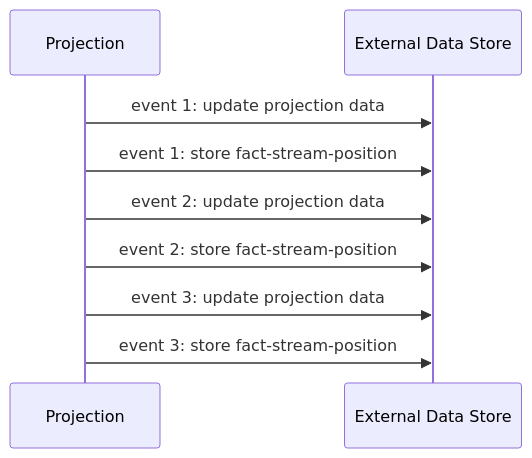
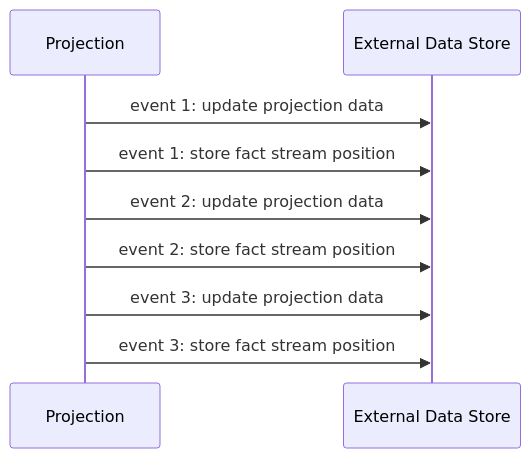
The second of 3 diagrams in factcast-docs/src/main/asciidoc/modules/ROOT/pages/Usage/factus/projections/atomicity/index.adoc (factcast/factcast), drawn with Mermaid before and after one commit. The commit also changed other lines of this file and 73 other files, not shown here.

```diff
--- a/factcast-docs/src/main/asciidoc/modules/ROOT/pages/Usage/factus/projections/atomicity/index.adoc
+++ b/factcast-docs/src/main/asciidoc/modules/ROOT/pages/Usage/factus/projections/atomicity/index.adoc
@@ -92,12 +92,12 @@
 [mermaid]
 ----
 sequenceDiagram
   participant Projection
   participant External Data Store
   Projection->>External Data Store: event 1: update projection data
-  Projection->>External Data Store: event 1: store fact-stream-position
+  Projection->>External Data Store: event 1: store fact stream position
   Projection->>External Data Store: event 2: update projection data
-  Projection->>External Data Store: event 2: store fact-stream-position
+  Projection->>External Data Store: event 2: store fact stream position
   Projection->>External Data Store: event 3: update projection data
-  Projection->>External Data Store: event 3: store fact-stream-position
+  Projection->>External Data Store: event 3: store fact stream position
 ----
```
